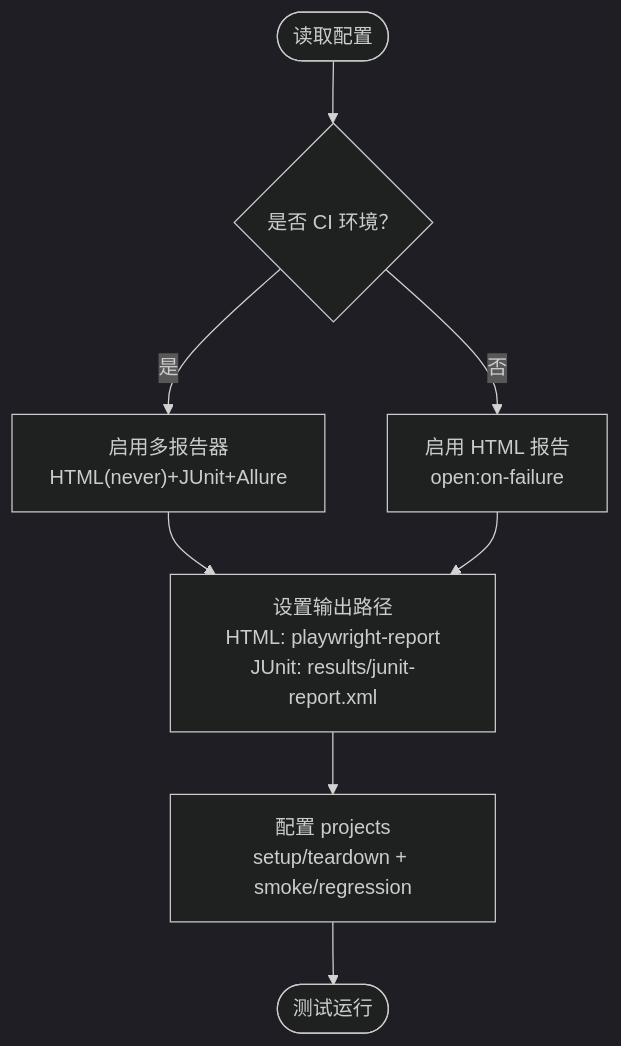
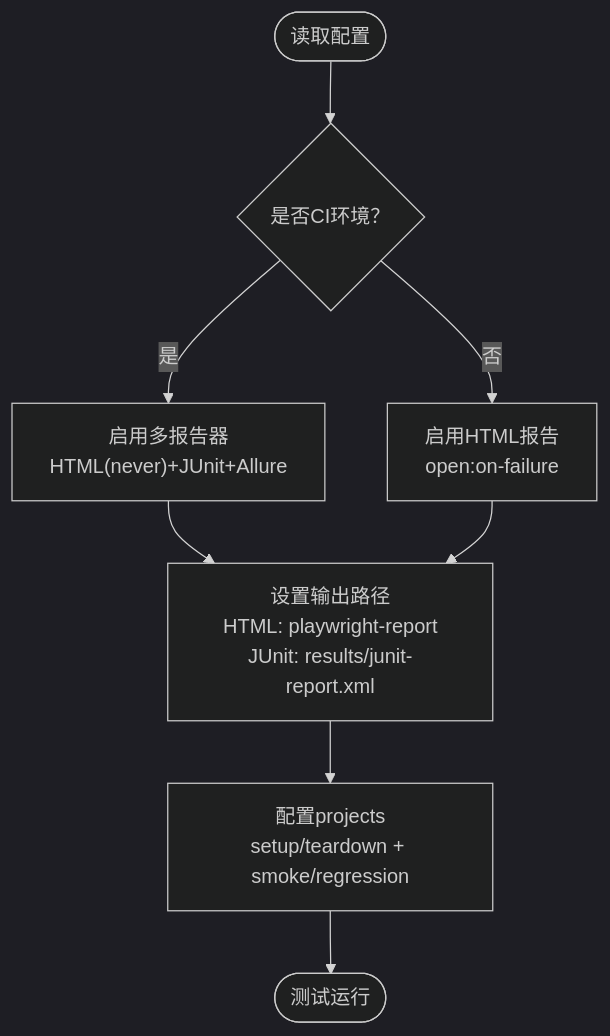
One commit to zzgoviziwind/--playwright changed the third of 6 diagrams in .qoder/repowiki/zh/content/测试报告和监控/报告生成系统.md. Above: the diagram before and after it, drawn with Mermaid (dark theme). The commit also changed other lines of this file and 112 other files, not shown here.

````diff
--- a/.qoder/repowiki/zh/content/测试报告和监控/报告生成系统.md
+++ b/.qoder/repowiki/zh/content/测试报告和监控/报告生成系统.md
@@ -142,10 +150,10 @@
 ```mermaid
 flowchart TD
-Start(["读取配置"]) --> CheckCI{"是否 CI 环境？"}
+Start(["读取配置"]) --> CheckCI{"是否CI环境？"}
 CheckCI --> |是| Multi["启用多报告器<br/>HTML(never)+JUnit+Allure"]
-CheckCI --> |否| Single["启用 HTML 报告<br/>open:on-failure"]
+CheckCI --> |否| Single["启用HTML报告<br/>open:on-failure"]
 Multi --> Paths["设置输出路径<br/>HTML: playwright-report<br/>JUnit: results/junit-report.xml"]
 Single --> Paths
-Paths --> Projects["配置 projects<br/>setup/teardown + smoke/regression"]
+Paths --> Projects["配置projects<br/>setup/teardown + smoke/regression"]
 Projects --> End(["测试运行"])
 ```
````
